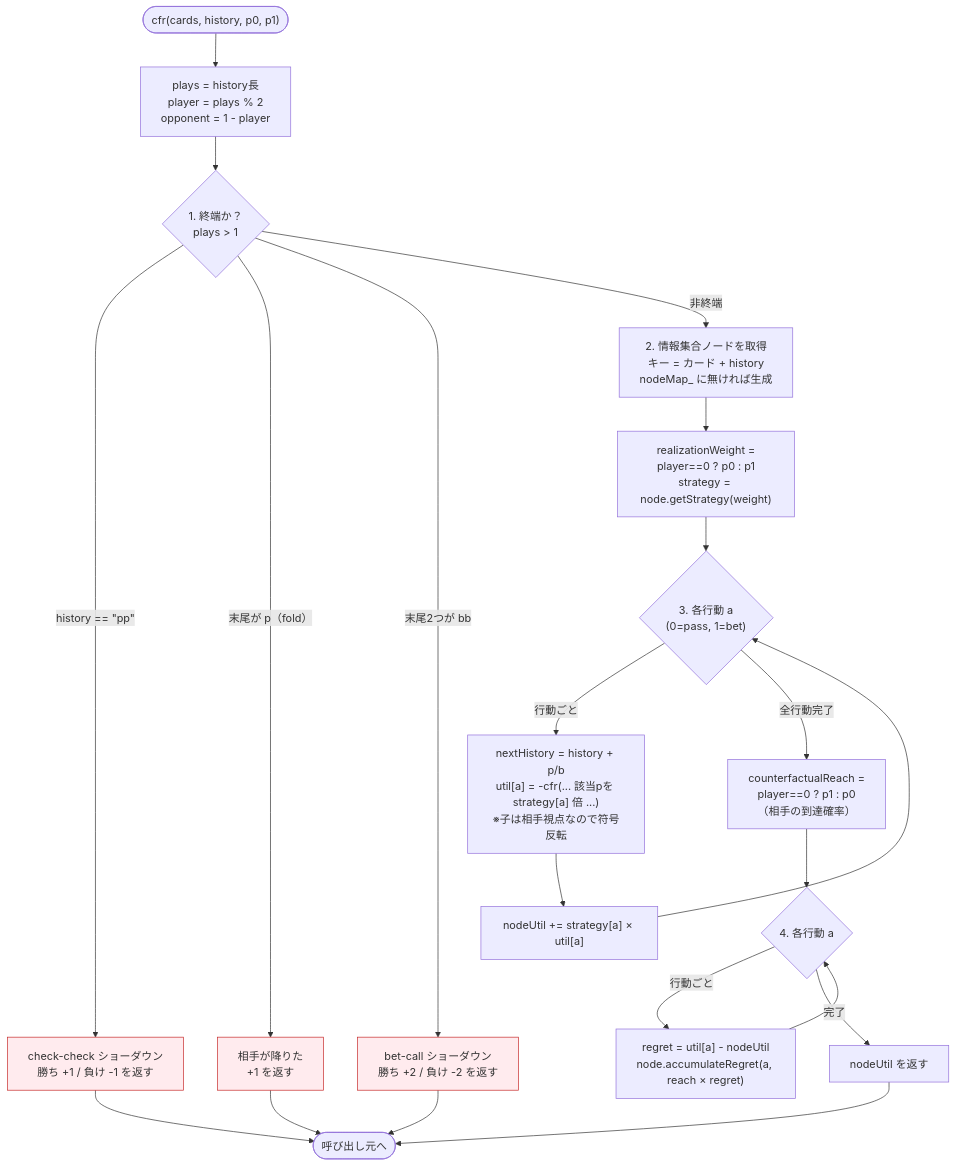
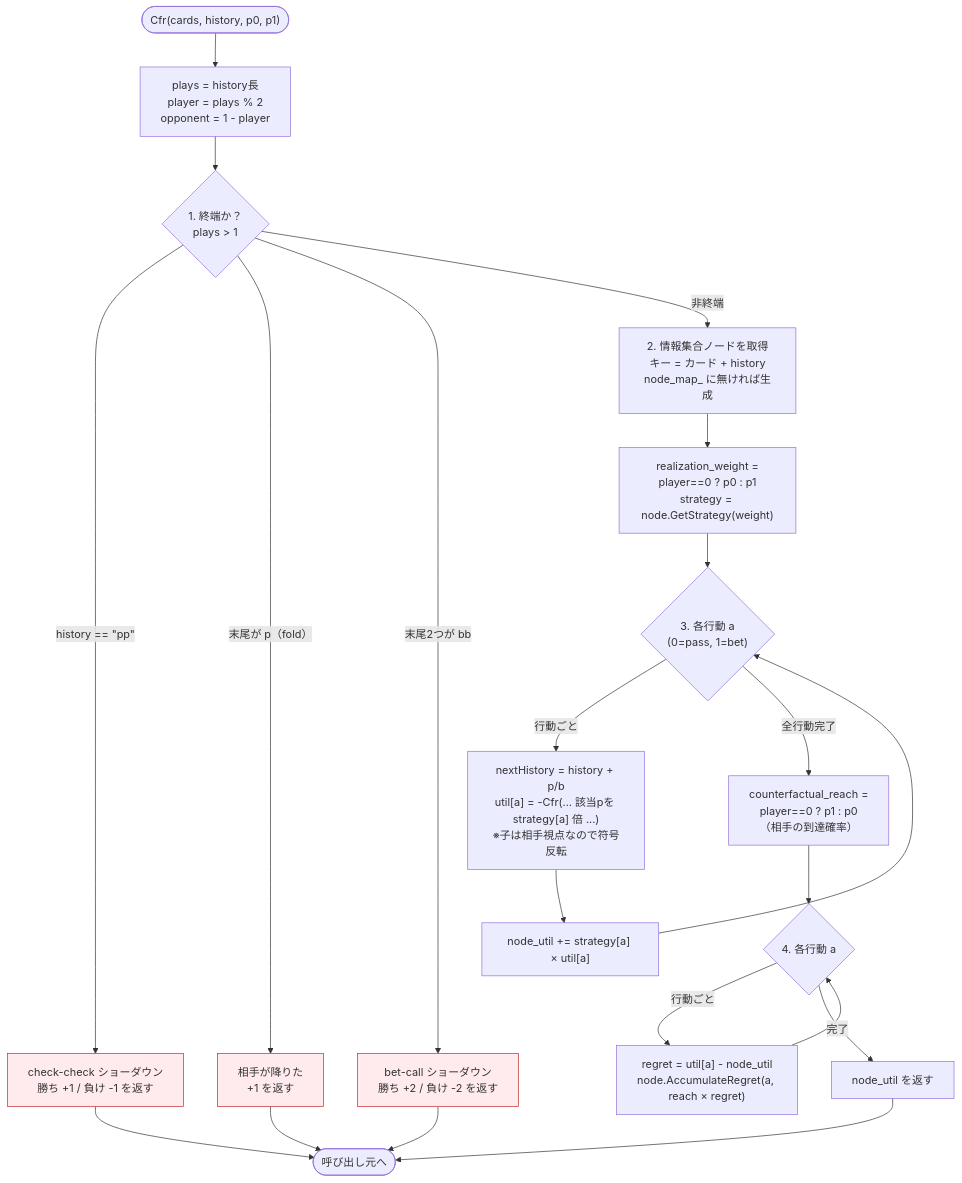
One commit to yasuhiro112358/CPlusPlus changed the third of 6 diagrams in projects/cfr/docs/flowchart.md. Above: the diagram before and after it, drawn with Mermaid. The commit also changed other lines of this file and 24 other files, not shown here.

````diff
--- a/projects/cfr/docs/flowchart.md
+++ b/projects/cfr/docs/flowchart.md
@@ -60,31 +60,31 @@
 ```mermaid
 flowchart TD
-    start(["cfr(cards, history, p0, p1)"]) --> calc["plays = history長<br/>player = plays % 2<br/>opponent = 1 - player"]
+    start(["Cfr(cards, history, p0, p1)"]) --> calc["plays = history長<br/>player = plays % 2<br/>opponent = 1 - player"]
     calc --> term{"1. 終端か？<br/>plays > 1"}
 
     term -->|"history == &quot;pp&quot;"| sd2["check-check ショーダウン<br/>勝ち +1 / 負け -1 を返す"]
     term -->|"末尾が p（fold）"| fold["相手が降りた<br/>+1 を返す"]
     term -->|"末尾2つが bb"| sd4["bet-call ショーダウン<br/>勝ち +2 / 負け -2 を返す"]
-    term -->|"非終端"| node["2. 情報集合ノードを取得<br/>キー = カード + history<br/>nodeMap_ に無ければ生成"]
+    term -->|"非終端"| node["2. 情報集合ノードを取得<br/>キー = カード + history<br/>node_map_ に無ければ生成"]
 
-    node --> strat["realizationWeight =<br/>player==0 ? p0 : p1<br/>strategy = node.getStrategy(weight)"]
+    node --> strat["realization_weight =<br/>player==0 ? p0 : p1<br/>strategy = node.GetStrategy(weight)"]
     strat --> aloop{"3. 各行動 a<br/>(0=pass, 1=bet)"}
 
-    aloop -->|"行動ごと"| recurse["nextHistory = history + p/b<br/>util[a] = -cfr(... 該当pを strategy[a] 倍 ...)<br/>※子は相手視点なので符号反転"]
-    recurse --> accum["nodeUtil += strategy[a] × util[a]"]
+    aloop -->|"行動ごと"| recurse["nextHistory = history + p/b<br/>util[a] = -Cfr(... 該当pを strategy[a] 倍 ...)<br/>※子は相手視点なので符号反転"]
+    recurse --> accum["node_util += strategy[a] × util[a]"]
     accum --> aloop
 
-    aloop -->|"全行動完了"| cfreach["counterfactualReach =<br/>player==0 ? p1 : p0<br/>（相手の到達確率）"]
+    aloop -->|"全行動完了"| cfreach["counterfactual_reach =<br/>player==0 ? p1 : p0<br/>（相手の到達確率）"]
     cfreach --> rloop{"4. 各行動 a"}
-    rloop -->|"行動ごと"| regret["regret = util[a] - nodeUtil<br/>node.accumulateRegret(a, reach × regret)"]
+    rloop -->|"行動ごと"| regret["regret = util[a] - node_util<br/>node.AccumulateRegret(a, reach × regret)"]
     regret --> rloop
-    rloop -->|"完了"| retutil["nodeUtil を返す"]
+    rloop -->|"完了"| retutil["node_util を返す"]
 
     sd2 --> done(["呼び出し元へ"])
     fold --> done
     sd4 --> done
     retutil --> done
 
     classDef terminal fill:#ffebee,stroke:#c62828;
     class sd2,fold,sd4 terminal;
 ```
````
